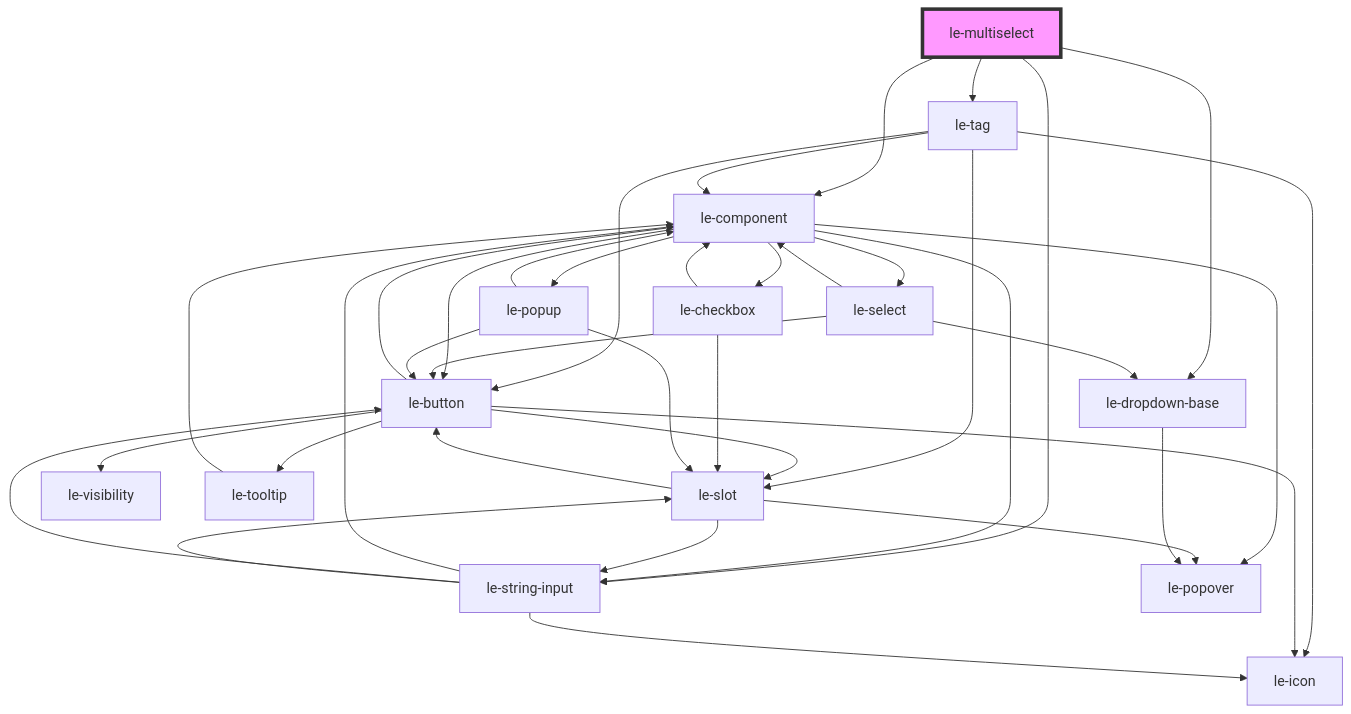
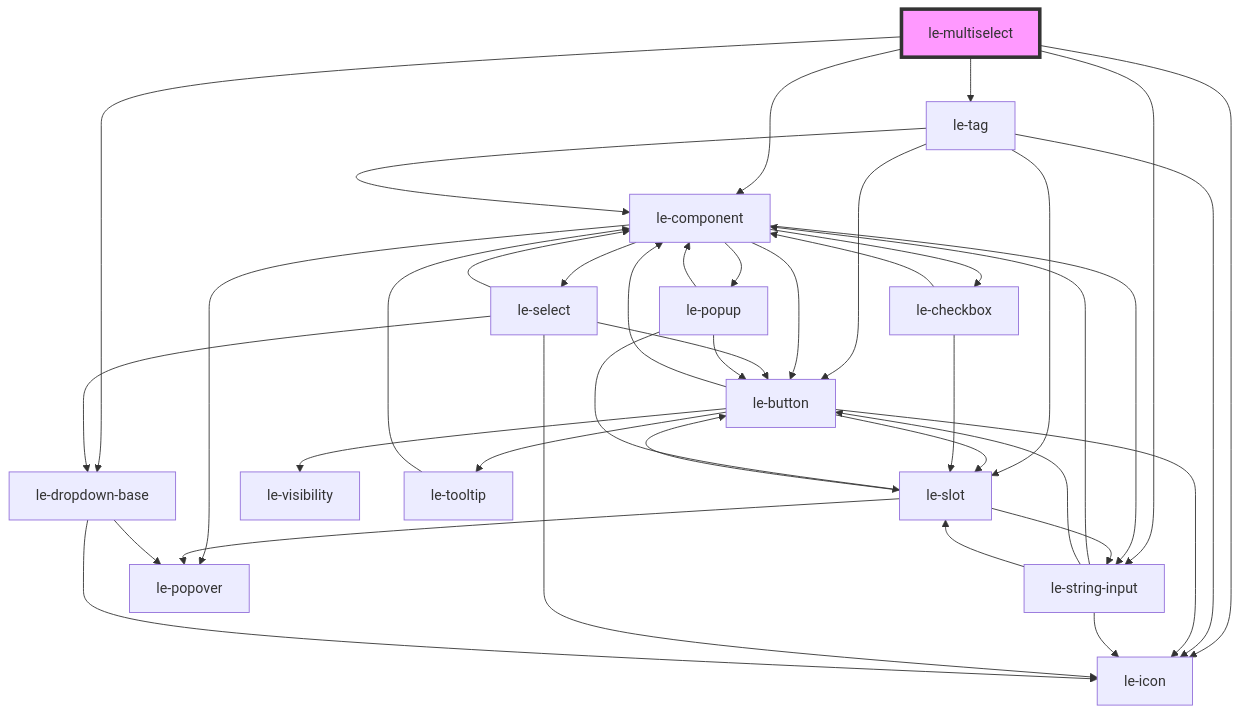
One commit to leechy/le-kit changed the diagram in packages/core/src/components/le-multiselect/readme.md. Above: the diagram before and after it, drawn with Mermaid. The commit also changed other lines of this file and 46 other files, not shown here.

````diff
--- a/packages/core/src/components/le-multiselect/readme.md
+++ b/packages/core/src/components/le-multiselect/readme.md
@@ -85,40 +86,43 @@
 ```mermaid
 graph TD;
   le-multiselect --> le-tag
   le-multiselect --> le-component
   le-multiselect --> le-dropdown-base
+  le-multiselect --> le-icon
   le-multiselect --> le-string-input
   le-tag --> le-component
   le-tag --> le-slot
   le-tag --> le-button
   le-tag --> le-icon
   le-component --> le-button
   le-component --> le-select
   le-component --> le-checkbox
   le-component --> le-string-input
   le-component --> le-popover
   le-component --> le-popup
   le-button --> le-icon
   le-button --> le-visibility
   le-button --> le-slot
   le-button --> le-component
   le-button --> le-tooltip
   le-slot --> le-popover
   le-slot --> le-button
   le-slot --> le-string-input
   le-string-input --> le-component
   le-string-input --> le-button
   le-string-input --> le-icon
   le-string-input --> le-slot
   le-tooltip --> le-component
   le-select --> le-component
   le-select --> le-dropdown-base
   le-select --> le-button
+  le-select --> le-icon
+  le-dropdown-base --> le-icon
   le-dropdown-base --> le-popover
   le-checkbox --> le-component
   le-checkbox --> le-slot
   le-popup --> le-slot
   le-popup --> le-button
   le-popup --> le-component
   style le-multiselect fill:#f9f,stroke:#333,stroke-width:4px
 ```
````
